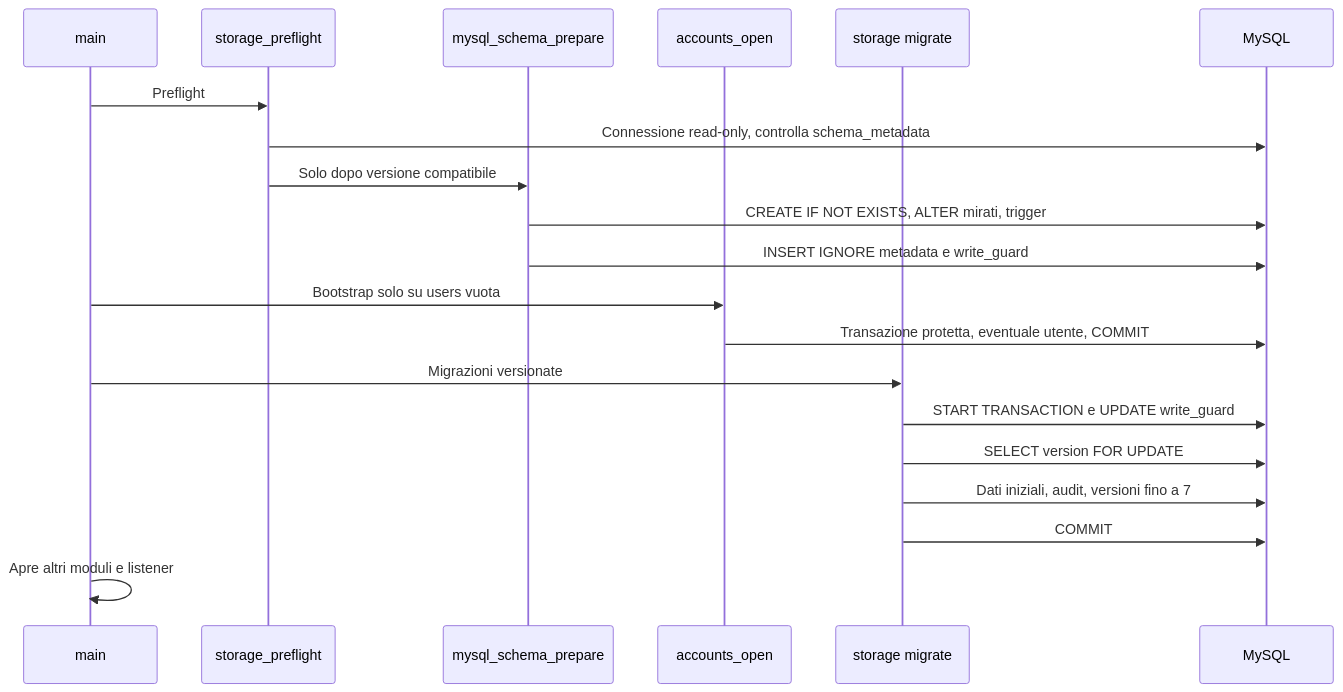
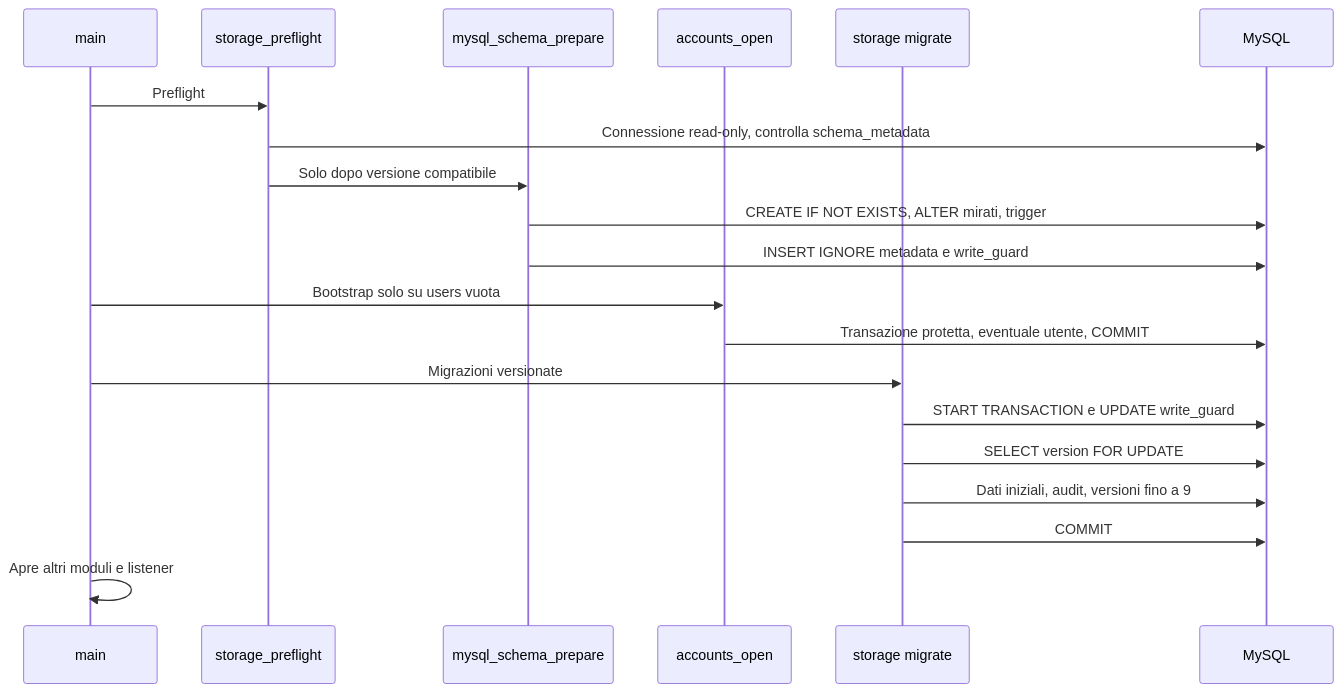
One commit to GiorgioOppo/Project-manager changed the second of 2 diagrams in docs/tehnical/migrazioni-e-consistenza.md. Above: the diagram before and after it, drawn with Mermaid. The commit also changed other lines of this file and 99 other files, not shown here.

````diff
--- a/docs/tehnical/migrazioni-e-consistenza.md
+++ b/docs/tehnical/migrazioni-e-consistenza.md
@@ -61,22 +61,22 @@
 ```mermaid
 sequenceDiagram
     participant Main as main
     participant Pre as storage_preflight
     participant Schema as mysql_schema_prepare
     participant Accounts as accounts_open
     participant M as storage migrate
     participant DB as MySQL
     Main->>Pre: Preflight
     Pre->>DB: Connessione read-only, controlla schema_metadata
     Pre->>Schema: Solo dopo versione compatibile
     Schema->>DB: CREATE IF NOT EXISTS, ALTER mirati, trigger
     Schema->>DB: INSERT IGNORE metadata e write_guard
     Main->>Accounts: Bootstrap solo su users vuota
     Accounts->>DB: Transazione protetta, eventuale utente, COMMIT
     Main->>M: Migrazioni versionate
     M->>DB: START TRANSACTION e UPDATE write_guard
     M->>DB: SELECT version FOR UPDATE
-    M->>DB: Dati iniziali, audit, versioni fino a 7
+    M->>DB: Dati iniziali, audit, versioni fino a 9
     M->>DB: COMMIT
     Main->>Main: Apre altri moduli e listener
 ```
````
